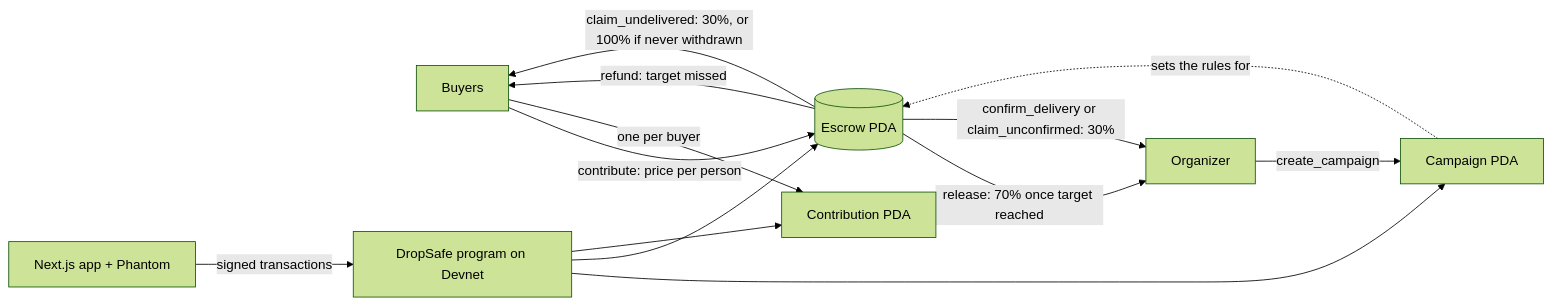
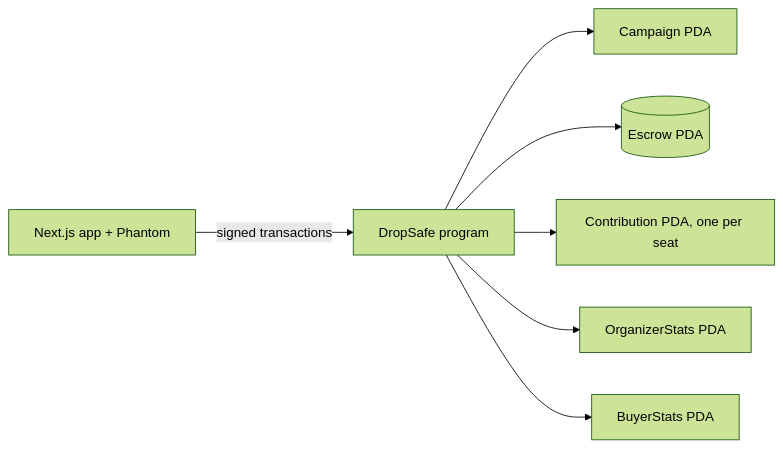
One commit to manxichen-boop/dropsafe changed the first of 4 diagrams in README.md. Above: the diagram before and after it, drawn with Mermaid (forest theme). The commit also changed other lines of this file and 1 other file, not shown here.

Commit message:
docs: describe tiers, threat model and roadmap for v2

````diff
--- a/README.md
+++ b/README.md
@@ -27,15 +38,9 @@
 ```mermaid
 flowchart LR
-    B[Buyers] -- "contribute: price per person" --> E[(Escrow PDA)]
-    O[Organizer] -- create_campaign --> C[Campaign PDA]
-    C -. sets the rules for .-> E
-    E -- "refund: target missed" --> B
-    E -- "claim_undelivered: 30%, or 100% if never withdrawn" --> B
-    E -- "release: 70% once target reached" --> O
-    E -- "confirm_delivery or claim_unconfirmed: 30%" --> O
-    B -- "one per buyer" --> P[Contribution PDA]
-    W[Next.js app + Phantom] -- signed transactions --> S[DropSafe program on Devnet]
-    S --> C
-    S --> E
-    S --> P
+    W[Next.js app + Phantom] -- signed transactions --> S[DropSafe program]
+    S --> C[Campaign PDA]
+    S --> E[(Escrow PDA)]
+    S --> P[Contribution PDA, one per seat]
+    S --> O[OrganizerStats PDA]
+    S --> B[BuyerStats PDA]
 ```
````
